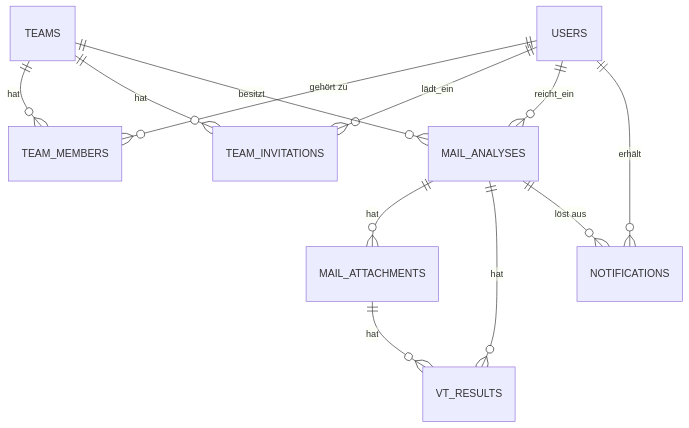
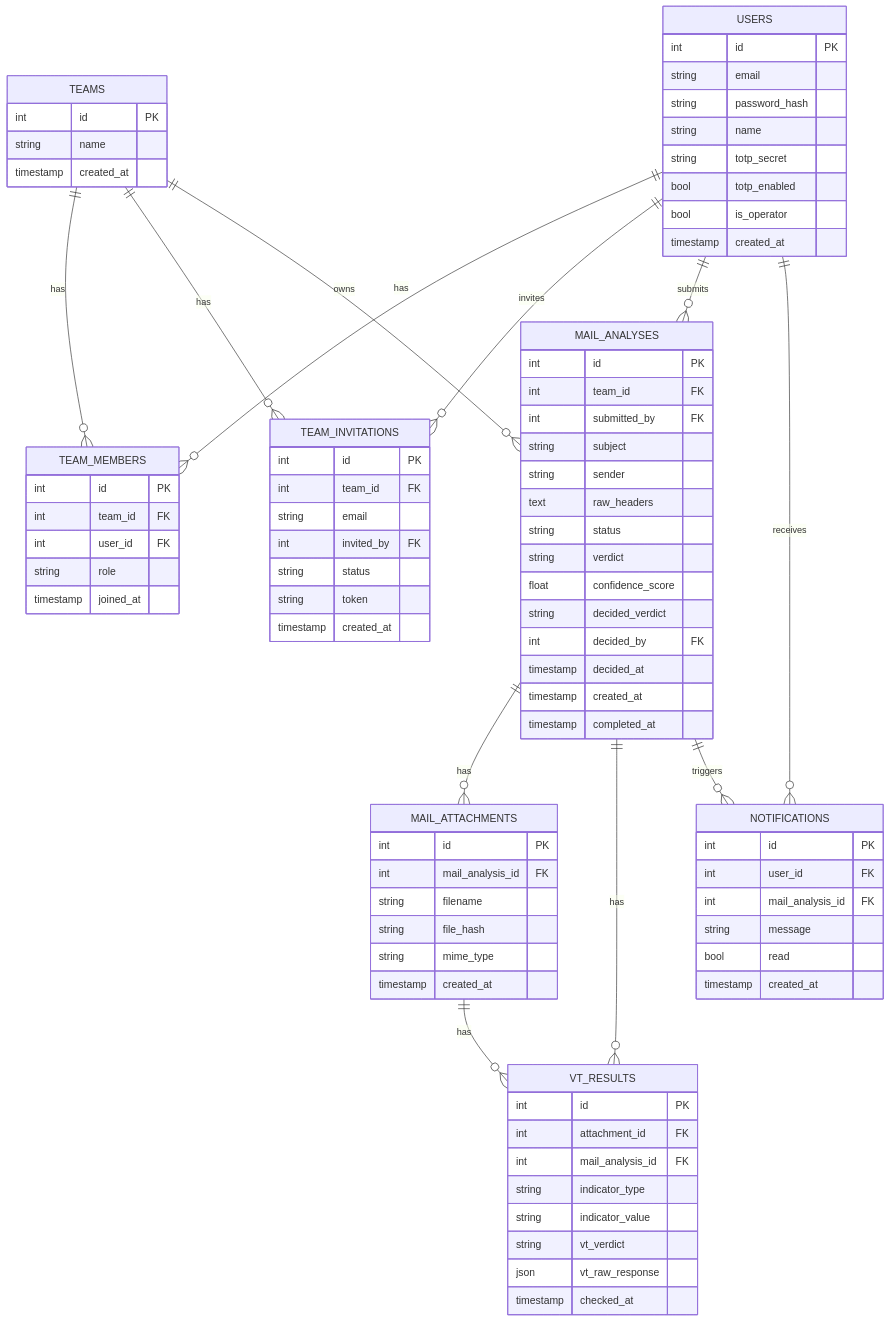
Before and after one commit to teamphive/phisheye: the diagram in docs/data-model.md, drawn with Mermaid. The commit also changed 5 other files, not shown here.

````diff
--- a/docs/data-model.md
+++ b/docs/data-model.md
@@ -105,14 +103,88 @@
 ```mermaid
 erDiagram
-  USERS ||--o{ TEAM_MEMBERS : "gehört zu"
-  TEAMS ||--o{ TEAM_MEMBERS : hat
-  TEAMS ||--o{ TEAM_INVITATIONS : hat
-  USERS ||--o{ TEAM_INVITATIONS : lädt_ein
-  TEAMS ||--o{ MAIL_ANALYSES : besitzt
-  USERS ||--o{ MAIL_ANALYSES : reicht_ein
-  MAIL_ANALYSES ||--o{ MAIL_ATTACHMENTS : hat
-  MAIL_ANALYSES ||--o{ VT_RESULTS : hat
-  MAIL_ATTACHMENTS ||--o{ VT_RESULTS : hat
-  USERS ||--o{ NOTIFICATIONS : erhält
-  MAIL_ANALYSES ||--o{ NOTIFICATIONS : "löst aus"
+  USERS ||--o{ TEAM_MEMBERS : has
+  TEAMS ||--o{ TEAM_MEMBERS : has
+  TEAMS ||--o{ TEAM_INVITATIONS : has
+  USERS ||--o{ TEAM_INVITATIONS : invites
+  TEAMS ||--o{ MAIL_ANALYSES : owns
+  USERS ||--o{ MAIL_ANALYSES : submits
+  MAIL_ANALYSES ||--o{ MAIL_ATTACHMENTS : has
+  MAIL_ANALYSES ||--o{ VT_RESULTS : has
+  MAIL_ATTACHMENTS ||--o{ VT_RESULTS : has
+  USERS ||--o{ NOTIFICATIONS : receives
+  MAIL_ANALYSES ||--o{ NOTIFICATIONS : triggers
+
+  USERS {
+    int id PK
+    string email
+    string password_hash
+    string name
+    string totp_secret
+    bool totp_enabled
+    bool is_operator
+    timestamp created_at
+  }
+  TEAMS {
+    int id PK
+    string name
+    timestamp created_at
+  }
+  TEAM_MEMBERS {
+    int id PK
+    int team_id FK
+    int user_id FK
+    string role
+    timestamp joined_at
+  }
+  TEAM_INVITATIONS {
+    int id PK
+    int team_id FK
+    string email
+    int invited_by FK
+    string status
+    string token
+    timestamp created_at
+  }
+  MAIL_ANALYSES {
+    int id PK
+    int team_id FK
+    int submitted_by FK
+    string subject
+    string sender
+    text raw_headers
+    string status
+    string verdict
+    float confidence_score
+    string decided_verdict
+    int decided_by FK
+    timestamp decided_at
+    timestamp created_at
+    timestamp completed_at
+  }
+  MAIL_ATTACHMENTS {
+    int id PK
+    int mail_analysis_id FK
+    string filename
+    string file_hash
+    string mime_type
+    timestamp created_at
+  }
+  VT_RESULTS {
+    int id PK
+    int attachment_id FK
+    int mail_analysis_id FK
+    string indicator_type
+    string indicator_value
+    string vt_verdict
+    json vt_raw_response
+    timestamp checked_at
+  }
+  NOTIFICATIONS {
+    int id PK
+    int user_id FK
+    int mail_analysis_id FK
+    string message
+    bool read
+    timestamp created_at
+  }
 ```
````
